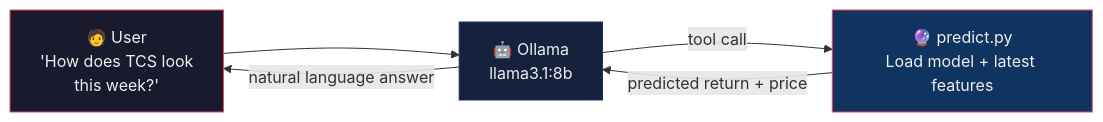
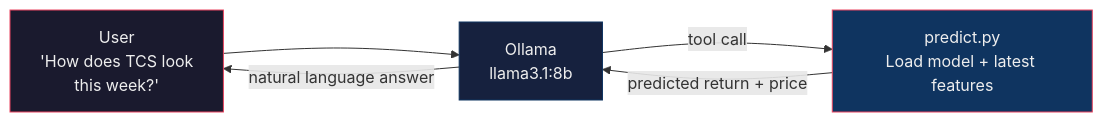
One commit to rajan0860/stock-predictor changed the second of 2 diagrams in README.md. Above: the diagram before and after it, drawn with Mermaid. The commit also changed other lines of this file and 5 other files, not shown here.

````diff
--- a/README.md
+++ b/README.md
@@ -63,11 +85,11 @@
 ```mermaid
 flowchart LR
-    U["🧑 User\n'How does TCS look\nthis week?'"] --> LLM
-    LLM["🤖 Ollama\nllama3.1:8b"] -->|"tool call"| P
-    P["🔮 predict.py\nLoad model + latest features"] -->|"predicted return + price"| LLM
+    U["User\n'How does TCS look\nthis week?'"] --> LLM
+    LLM["Ollama\nllama3.1:8b"] -->|"tool call"| P
+    P["predict.py\nLoad model + latest features"] -->|"predicted return + price"| LLM
     LLM -->|"natural language answer"| U
 
     style U fill:#1a1a2e,stroke:#e94560,color:#eee
     style LLM fill:#16213e,stroke:#0f3460,color:#eee
     style P fill:#0f3460,stroke:#e94560,color:#eee
 ```
````
